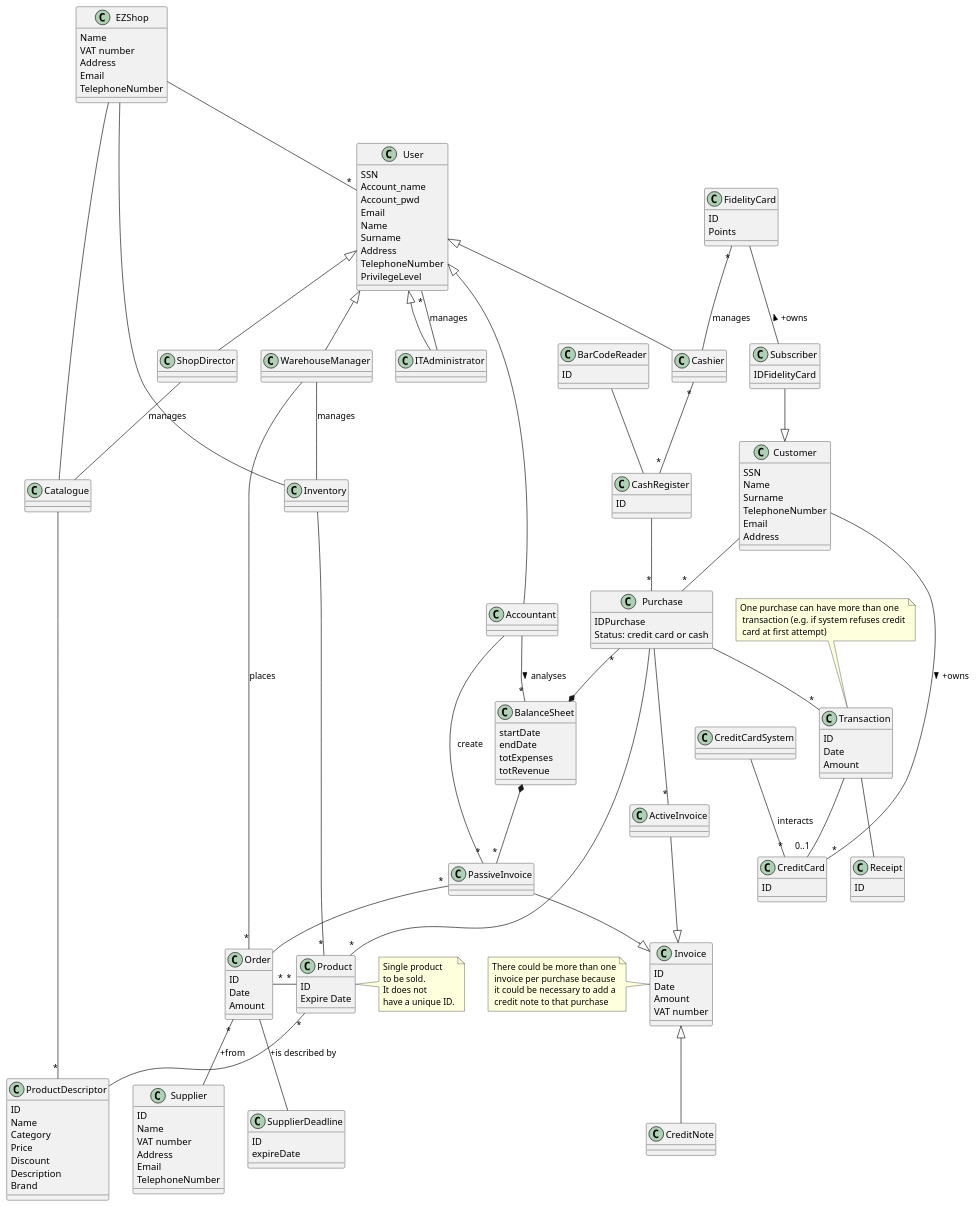
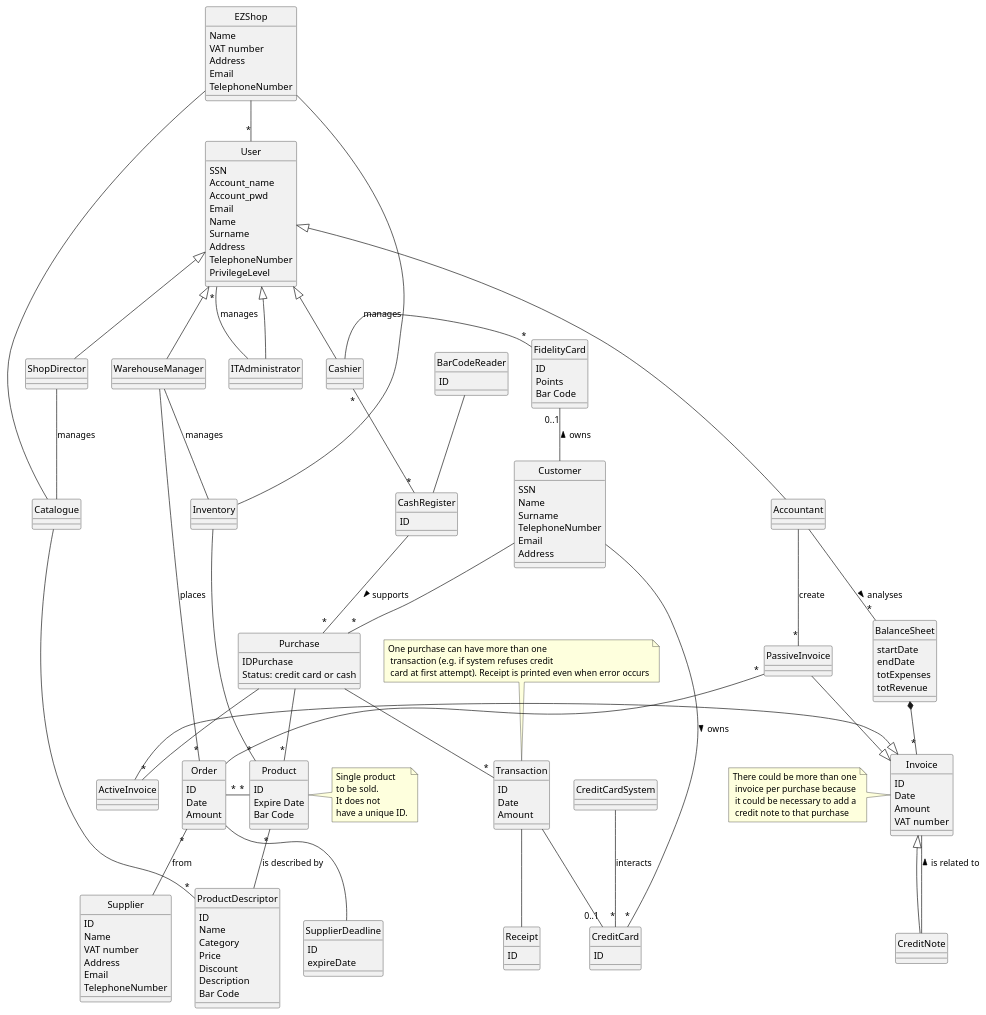
The tenth of 12 diagrams in Deliverables/RequirementsDocument.md (Stormz4/group20-EzShop), drawn with PlantUML before and after one commit.

Commit message:
Doc: Updated context diagram

````diff
--- a/Deliverables/RequirementsDocument.md
+++ b/Deliverables/RequirementsDocument.md
@@ -964,6 +964,7 @@
 ```plantuml
 @startuml
 skinparam classAttributeIconSize 0
+hide circle
 
 class EZShop {
  Name
@@ -994,12 +995,10 @@
  Email
  Address
 }
-class Subscriber {
- IDFidelityCard
-}
 class FidelityCard{
  ID
  Points
+ Bar Code
 }
 class Purchase {
  IDPurchase
@@ -1008,6 +1007,7 @@
 class Product {
  ID
  Expire Date
+ Bar Code
 }
 class ProductDescriptor {
  ID
@@ -1016,7 +1016,7 @@
  Price
  Discount
  Description
- Brand
+ Bar Code
 }
 class Purchase {
  
@@ -1081,7 +1081,6 @@
 class Accountant
 class ShopDirector
 class Customer
-class Subscriber
 class Purchase
 class CreditCard
 class Transaction
@@ -1099,7 +1098,6 @@
 WarehouseManager-up-|> User
 Accountant-up-|> User
 ShopDirector-up-|> User
-Subscriber --|> Customer
 CreditNote -up-|> Invoice
 ActiveInvoice -right-|> Invoice
 PassiveInvoice --|> Invoice
@@ -1110,20 +1108,20 @@
 Catalogue --"*" ProductDescriptor
 Customer --"*" Purchase
 Purchase --"*" Product
-FidelityCard -- Subscriber: +owns <
-Product "*"-- ProductDescriptor: +is described by
+FidelityCard "0..1" -- Customer: owns <
+Product "*"-- ProductDescriptor: is described by
 Transaction --"0..1" CreditCard
-Customer --"*" CreditCard: +owns >
+Customer --"*" CreditCard: owns >
 CreditCardSystem -- "*" CreditCard : interacts
 Purchase --"*" Transaction
 Transaction -- Receipt
 Cashier "*"--"*" CashRegister
 BarCodeReader -- CashRegister
-CashRegister --"*" Purchase
-Purchase --"*" ActiveInvoice
+CashRegister --"*" Purchase : supports >
+Purchase -- "*" ActiveInvoice
 Accountant --"*" PassiveInvoice: create
 WarehouseManager --"*" Order: places
-Order "*"-down- Supplier: +from
+Order "*"-down- Supplier: from
 ShopDirector -- Catalogue: manages
 Order "*"-right-"*" Product
 Order -- SupplierDeadline
@@ -1131,11 +1129,11 @@
 WarehouseManager -- Inventory: manages
 Cashier -left-"*" FidelityCard: manages
 ITAdministrator --"*" User: manages
-PassiveInvoice "*" -up-* BalanceSheet
-Purchase "*" --* BalanceSheet
+Invoice "*" -up-* BalanceSheet
+CreditNote -- Invoice : is related to >
 Accountant -- "*" BalanceSheet : analyses >
 
-note "One purchase can have more than one\n transaction (e.g. if system refuses credit\n card at first attempt)" as N1
+note "One purchase can have more than one\n transaction (e.g. if system refuses credit\n card at first attempt). Receipt is printed even when error occurs" as N1
 N1 .. Transaction 
 note "There could be more than one\n invoice per purchase because\n it could be necessary to add a\n credit note to that purchase" as N2
 N2 .right. Invoice
````
